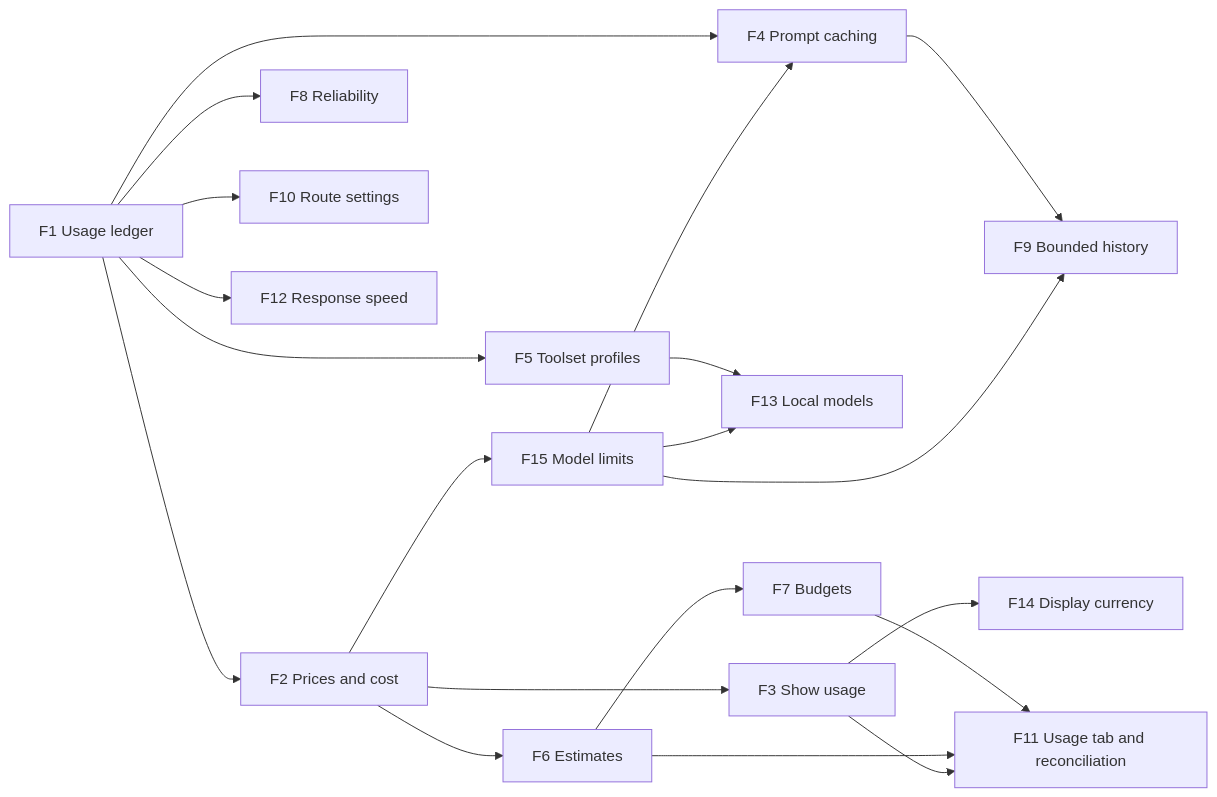
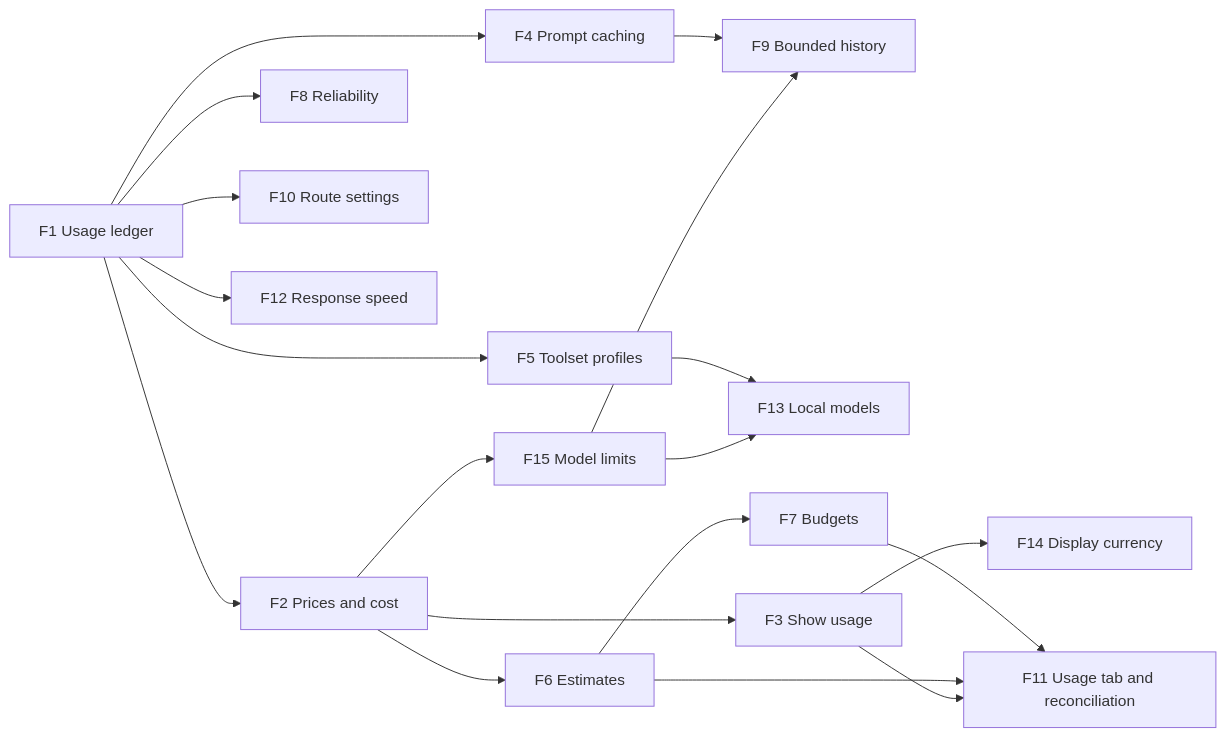
Before and after one commit to bosbevk/louis-agent: the diagram in docs/features/README.md, drawn with Mermaid. The commit also changed other lines of this file and 9 other files, not shown here.

````diff
--- a/docs/features/README.md
+++ b/docs/features/README.md
@@ -46,22 +46,21 @@
 ```mermaid
 flowchart LR
     F1[F1 Usage ledger] --> F2[F2 Prices and cost]
     F2 --> F15[F15 Model limits]
-    F15 --> F4
     F15 --> F9
     F15 --> F13
     F1 --> F4[F4 Prompt caching]
     F1 --> F5[F5 Toolset profiles]
     F1 --> F8[F8 Reliability]
     F1 --> F10[F10 Route settings]
     F2 --> F3[F3 Show usage]
     F2 --> F6[F6 Estimates]
     F6 --> F7[F7 Budgets]
     F4 --> F9[F9 Bounded history]
     F3 --> F11[F11 Usage tab and reconciliation]
     F6 --> F11
     F7 --> F11
     F1 --> F12[F12 Response speed]
     F5 --> F13[F13 Local models]
     F3 --> F14[F14 Display currency]
 ```
````
